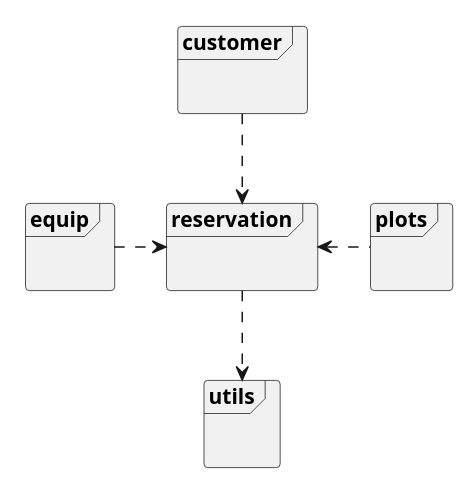
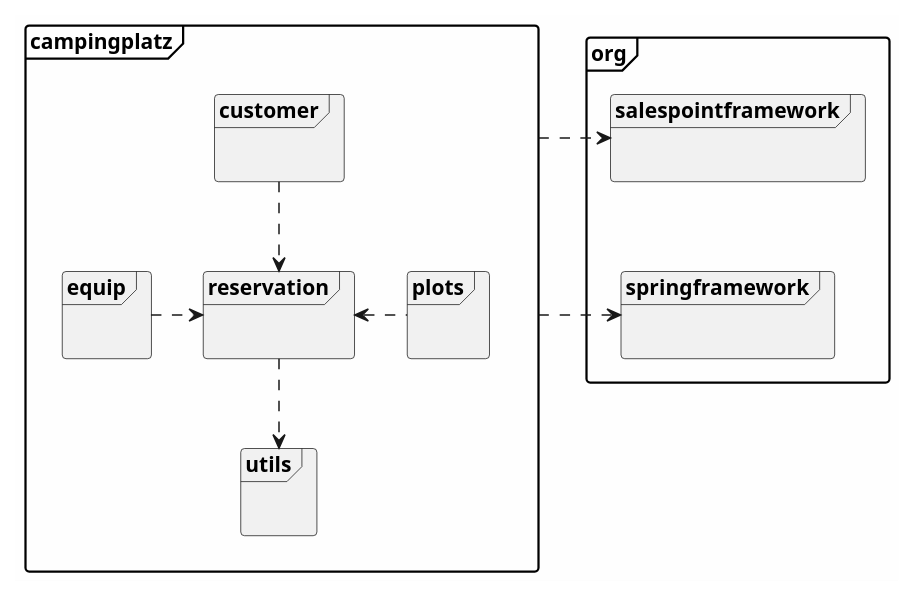
One commit to ShadowPaint-SP/Softwaretechnologieprojekt changed the diagram in src/main/asciidoc/models/design/PackageDiagramm.puml. Above: the diagram before and after it, drawn with PlantUML. The commit also changed 6 other files, not shown here.

```diff
--- a/src/main/asciidoc/models/design/PackageDiagramm.puml
+++ b/src/main/asciidoc/models/design/PackageDiagramm.puml
@@ -1,26 +1,41 @@
 @startuml
 hide empty fields
 hide empty methods
 skinparam classAttributeIconSize 0
 skinparam linetype ortho
 skinparam BackgroundColor #FEFEFE
 allowmixing
 skinparam packageStyle Frame
+
+package campingplatz{
 
 package equip{
 }
 package reservation{
 }
 package customer{
 }
 package plots{
 }
 package utils{
 }
+}
+package org{
+package org.salespointframework{
+}
+package org.springframework{
+}
+}
 
 customer .d.> reservation
 equip .r.> reservation
 plots .l.> reservation
 utils <.u. reservation
 
+org.springframework -[hidden]u- org.salespointframework
+
+
+campingplatz .r.> springframework
+campingplatz .r.> salespointframework
+
 @enduml
```
